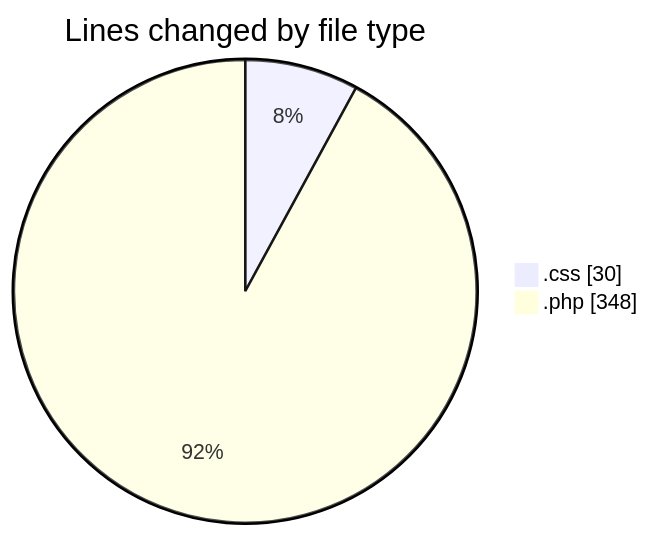
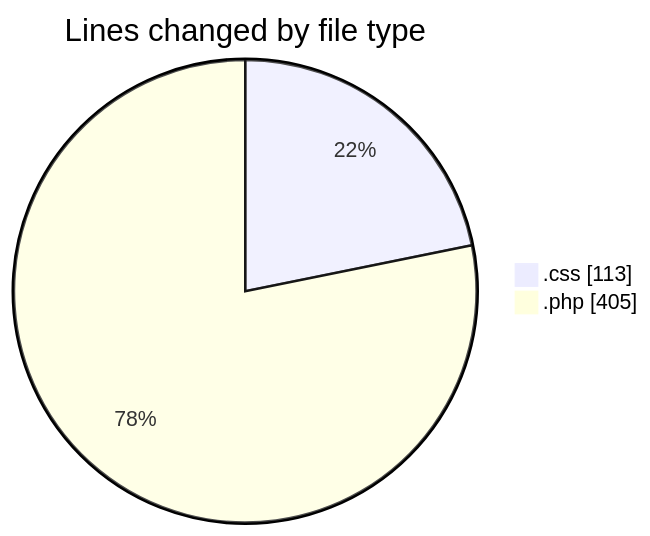
One commit to momahboobian/code-tracking changed the first of 2 diagrams in 2026-03-20/designexo-child/README.md. Above: the diagram before and after it, drawn with Mermaid. The commit also changed other lines of this file and 1 other file, not shown here.

````diff
--- a/2026-03-20/designexo-child/README.md
+++ b/2026-03-20/designexo-child/README.md
@@ -25,6 +26,6 @@
 ```mermaid
 pie showData
 title Lines changed by file type
-".css" : 30
-".php" : 348
+".css" : 113
+".php" : 405
 ```
````
